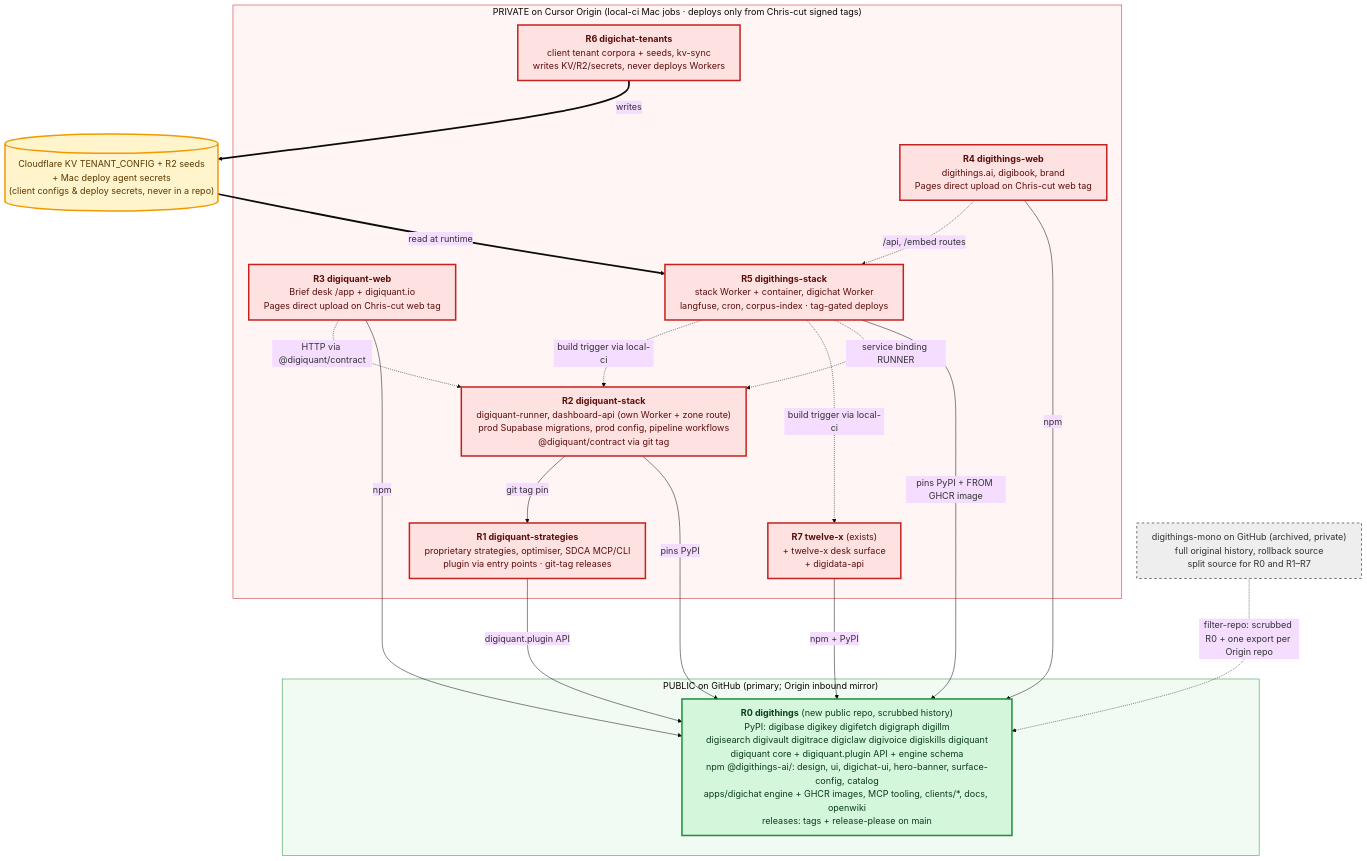
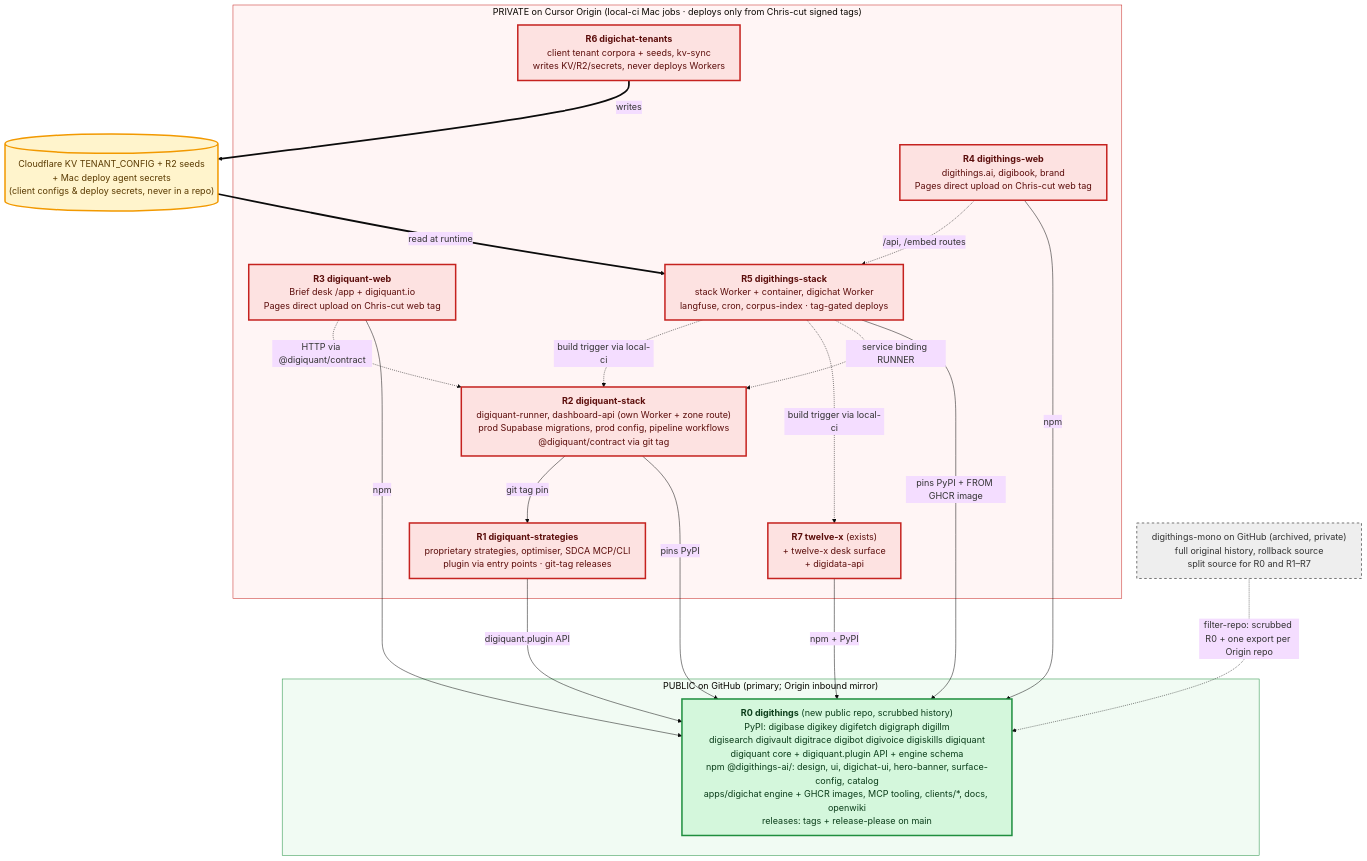
Before and after one commit to digithings-ai/digithings: the diagram in docs/repo-split/repo-split.mmd, drawn with Mermaid. The commit also changed 13 other files, not shown here.

First line of the commit message:
fix(digibot): carry the digiclaw->digibot rename onto develop's newer content

```diff
--- a/docs/repo-split/repo-split.mmd
+++ b/docs/repo-split/repo-split.mmd
@@ -1,40 +1,40 @@
 %%{init: {'theme':'base','themeVariables':{'fontSize':'18px'},'flowchart':{'curve':'basis','nodeSpacing':40,'rankSpacing':80,'wrappingWidth':600}}}%%
 flowchart TB
   subgraph PUB["PUBLIC on GitHub (primary; Origin inbound mirror)"]
-    R0["<b>R0 digithings</b> (new public repo, scrubbed history)<br/>PyPI: digibase digikey digifetch digigraph digillm<br/>digisearch digivault digitrace digiclaw digivoice digiskills digiquant<br/>digiquant core + digiquant.plugin API + engine schema<br/>npm @digithings-ai/: design, ui, digichat-ui, hero-banner, surface-config, catalog<br/>apps/digichat engine + GHCR images, MCP tooling, clients/*, docs, openwiki<br/>releases: tags + release-please on main"]
+    R0["<b>R0 digithings</b> (new public repo, scrubbed history)<br/>PyPI: digibase digikey digifetch digigraph digillm<br/>digisearch digivault digitrace digibot digivoice digiskills digiquant<br/>digiquant core + digiquant.plugin API + engine schema<br/>npm @digithings-ai/: design, ui, digichat-ui, hero-banner, surface-config, catalog<br/>apps/digichat engine + GHCR images, MCP tooling, clients/*, docs, openwiki<br/>releases: tags + release-please on main"]
   end
   subgraph PRIV["PRIVATE on Cursor Origin (local-ci Mac jobs · deploys only from Chris-cut signed tags)"]
     R1["<b>R1 digiquant-strategies</b><br/>proprietary strategies, optimiser, SDCA MCP/CLI<br/>plugin via entry points · git-tag releases"]
     R2["<b>R2 digiquant-stack</b><br/>digiquant-runner, dashboard-api (own Worker + zone route)<br/>prod Supabase migrations, prod config, pipeline workflows<br/>@digiquant/contract via git tag"]
     R3["<b>R3 digiquant-web</b><br/>Brief desk /app + digiquant.io<br/>Pages direct upload on Chris-cut web tag"]
     R4["<b>R4 digithings-web</b><br/>digithings.ai, digibook, brand<br/>Pages direct upload on Chris-cut web tag"]
     R5["<b>R5 digithings-stack</b><br/>stack Worker + container, digichat Worker<br/>langfuse, cron, corpus-index · tag-gated deploys"]
     R6["<b>R6 digichat-tenants</b><br/>client tenant corpora + seeds, kv-sync<br/>writes KV/R2/secrets, never deploys Workers"]
     R7["<b>R7 twelve-x</b> (exists)<br/>+ twelve-x desk surface<br/>+ digidata-api"]
   end
   MONO["digithings-mono on GitHub (archived, private)<br/>full original history, rollback source<br/>split source for R0 and R1–R7"]
   KV[("Cloudflare KV TENANT_CONFIG + R2 seeds<br/>+ Mac deploy agent secrets<br/>(client configs &amp; deploy secrets, never in a repo)")]
 
   R1 -->|digiquant.plugin API| R0
   R2 -->|pins PyPI| R0
   R2 -->|git tag pin| R1
   R3 -->|npm| R0
   R4 -->|npm| R0
   R5 -->|pins PyPI + FROM GHCR image| R0
   R7 -->|npm + PyPI| R0
   R3 -.->|HTTP via @digiquant/contract| R2
   R4 -.->|/api, /embed routes| R5
   R5 -.->|service binding RUNNER| R2
   R5 -.->|build trigger via local-ci| R7
   R5 -.->|build trigger via local-ci| R2
   R6 ==>|writes| KV
   KV ==>|read at runtime| R5
   MONO -.->|filter-repo: scrubbed R0 + one export per Origin repo| R0
 
   classDef pub fill:#d4f7dc,stroke:#1e8e3e,stroke-width:3px,color:#0b3d1a;
   classDef priv fill:#fde2e1,stroke:#c5221f,stroke-width:3px,color:#5c0e0c;
   classDef kv fill:#fff4cc,stroke:#f29900,stroke-width:3px,color:#5a3a00;
   classDef arch fill:#eeeeee,stroke:#777777,stroke-width:2px,color:#333333,stroke-dasharray: 5 5;
   class R0 pub; class R1,R2,R3,R4,R5,R6,R7 priv; class KV kv; class MONO arch;
   style PUB fill:#f1fbf3,stroke:#1e8e3e
   style PRIV fill:#fff5f5,stroke:#c5221f
```
